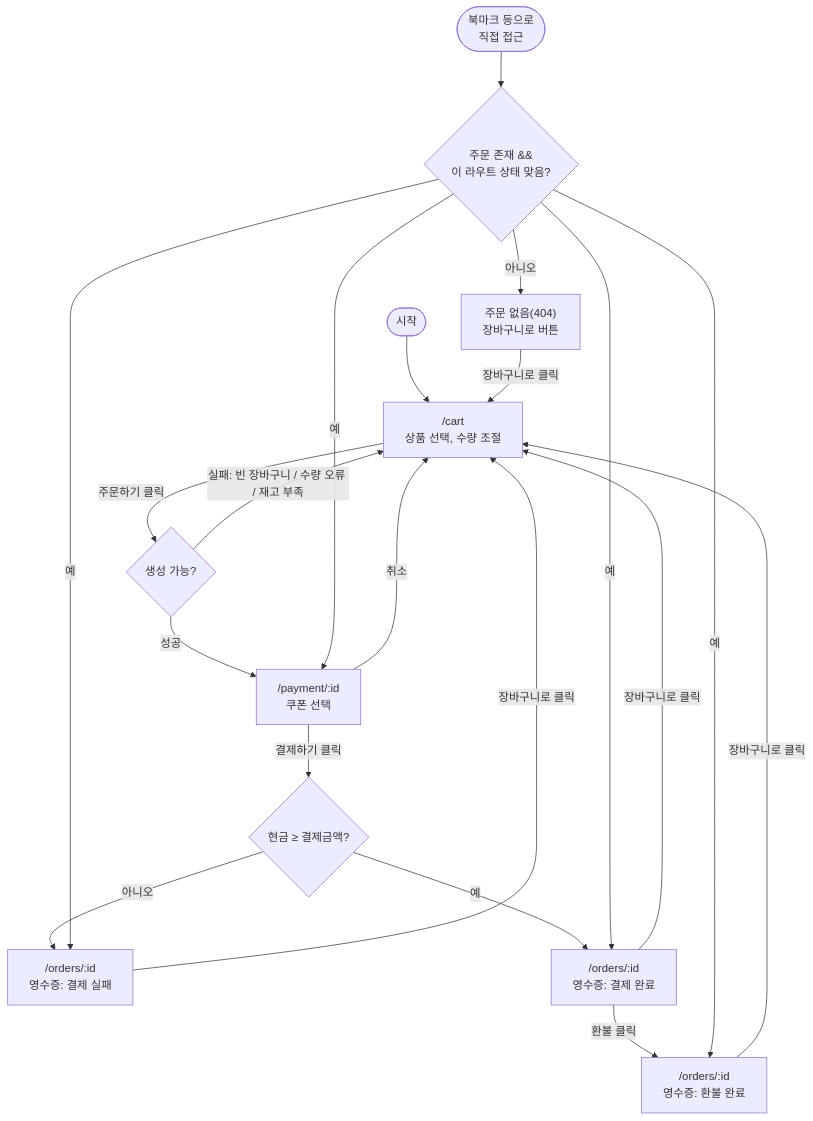
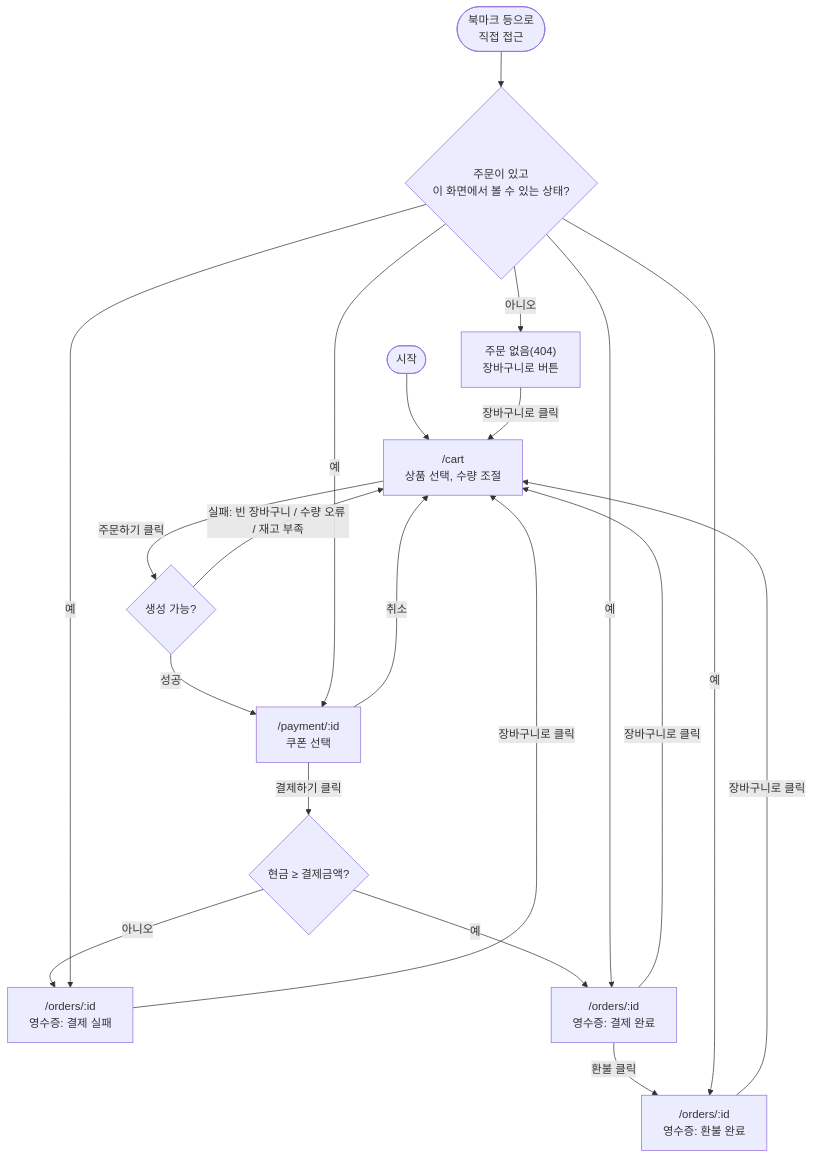
Before and after one commit to rhsiddlsidhd/ai-codegen-trust: the diagram in docs/common/planning/user-flow.md, drawn with Mermaid. The commit also changed other lines of this file and 6 other files, not shown here.

````diff
--- a/docs/common/planning/user-flow.md
+++ b/docs/common/planning/user-flow.md
@@ -9,23 +9,23 @@
 ```mermaid
 flowchart TD
     Start([시작]) --> Cart["/cart<br/>상품 선택, 수량 조절"]
     Cart -->|주문하기 클릭| CreateCheck{생성 가능?}
     CreateCheck -->|실패: 빈 장바구니 / 수량 오류 / 재고 부족| Cart
     CreateCheck -->|성공| Payment["/payment/:id<br/>쿠폰 선택"]
     Payment -->|취소| Cart
     Payment -->|결제하기 클릭| PayCheck{현금 ≥ 결제금액?}
     PayCheck -->|아니오| Failed["/orders/:id<br/>영수증: 결제 실패"]
     PayCheck -->|예| Paid["/orders/:id<br/>영수증: 결제 완료"]
     Paid -->|환불 클릭| Refunded["/orders/:id<br/>영수증: 환불 완료"]
     Paid -->|장바구니로 클릭| Cart
     Refunded -->|장바구니로 클릭| Cart
     Failed -->|장바구니로 클릭| Cart
 
-    DirectAccess([북마크 등으로<br/>직접 접근]) --> GuardCheck{주문 존재 &&<br/>이 라우트 상태 맞음?}
+    DirectAccess([북마크 등으로<br/>직접 접근]) --> GuardCheck{주문이 있고<br/>이 화면에서 볼 수 있는 상태?}
     GuardCheck -->|아니오| NotFound["주문 없음(404)<br/>장바구니로 버튼"]
     GuardCheck -->|예| Payment
     GuardCheck -->|예| Paid
     GuardCheck -->|예| Failed
     GuardCheck -->|예| Refunded
     NotFound -->|장바구니로 클릭| Cart
 ```
````
